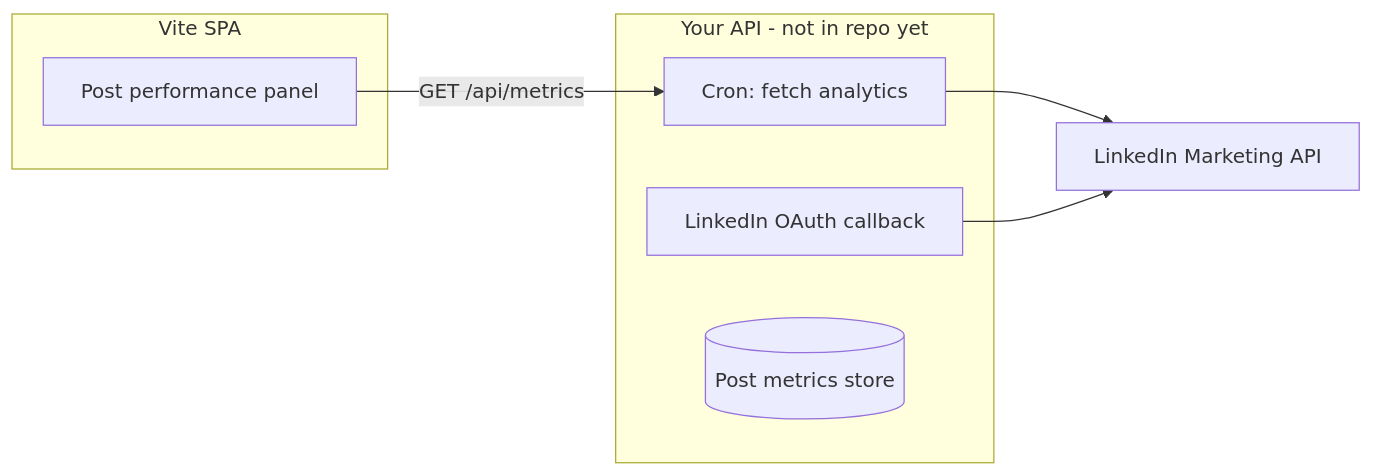
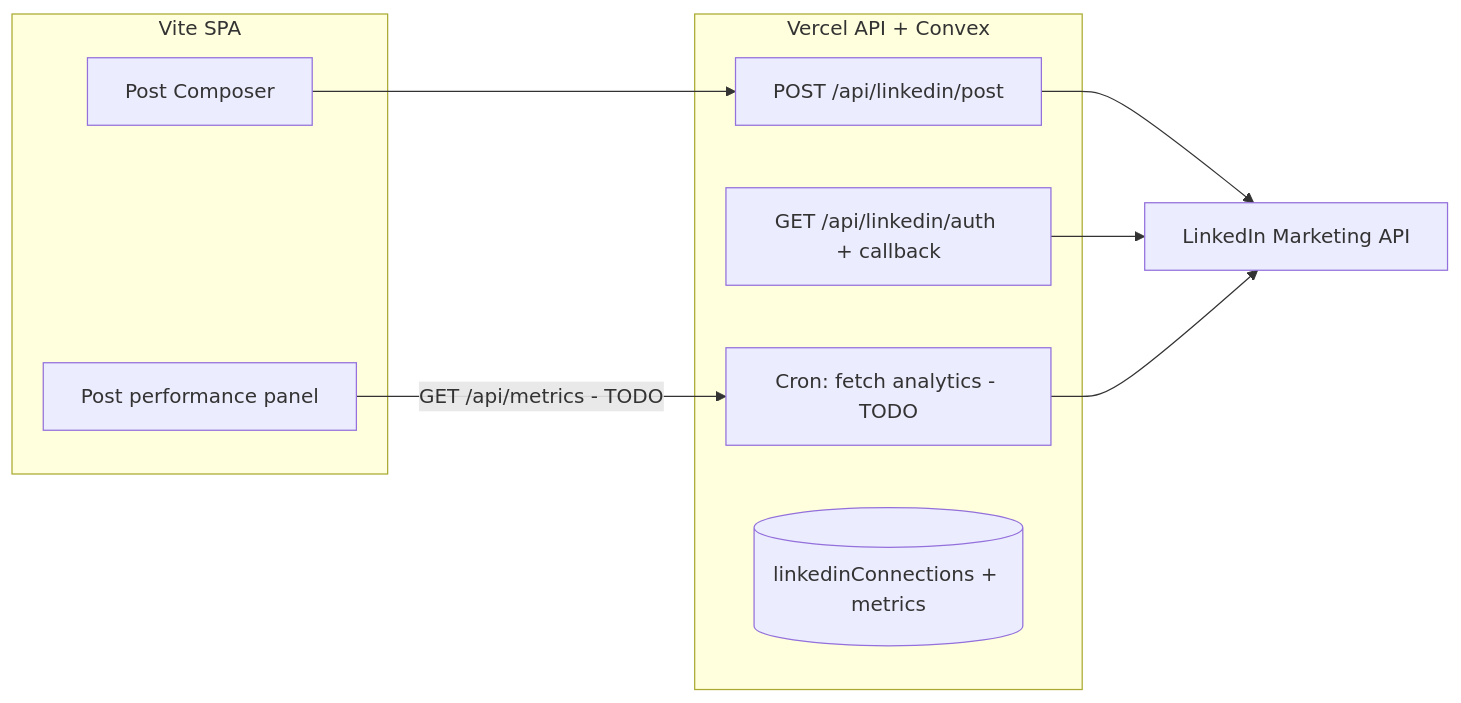
The diagram in docs/LINKEDIN_MONITORING.md (cwmarris/seeo-post-application), drawn with Mermaid before and after one commit. The commit also changed other lines of this file and 22 other files, not shown here.

First line of the commit message:
Add LinkedIn OAuth and dry-run posting integration.

````diff
--- a/docs/LINKEDIN_MONITORING.md
+++ b/docs/LINKEDIN_MONITORING.md
@@ -36,15 +38,19 @@
 ```mermaid
 flowchart LR
   subgraph client [Vite SPA]
     Dashboard[Post performance panel]
+    Composer[Post Composer]
   end
-  subgraph backend [Your API - not in repo yet]
-    OAuth[LinkedIn OAuth callback]
-    Sync[Cron: fetch analytics]
-    DB[(Post metrics store)]
+  subgraph backend [Vercel API + Convex]
+    OAuth[GET /api/linkedin/auth + callback]
+    Post[POST /api/linkedin/post]
+    Sync[Cron: fetch analytics - TODO]
+    DB[(linkedinConnections + metrics)]
   end
   LinkedIn[LinkedIn Marketing API]
-  Dashboard -->|GET /api/metrics| Sync
+  Composer --> Post
+  Post --> LinkedIn
+  OAuth --> LinkedIn
+  Dashboard -->|GET /api/metrics - TODO| Sync
   Sync --> LinkedIn
-  OAuth --> LinkedIn
 ```
````
